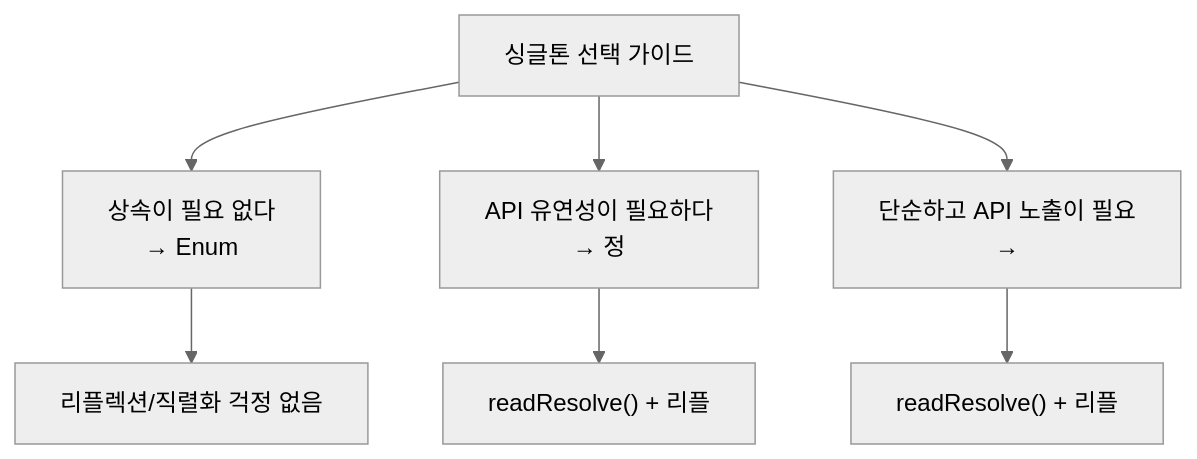
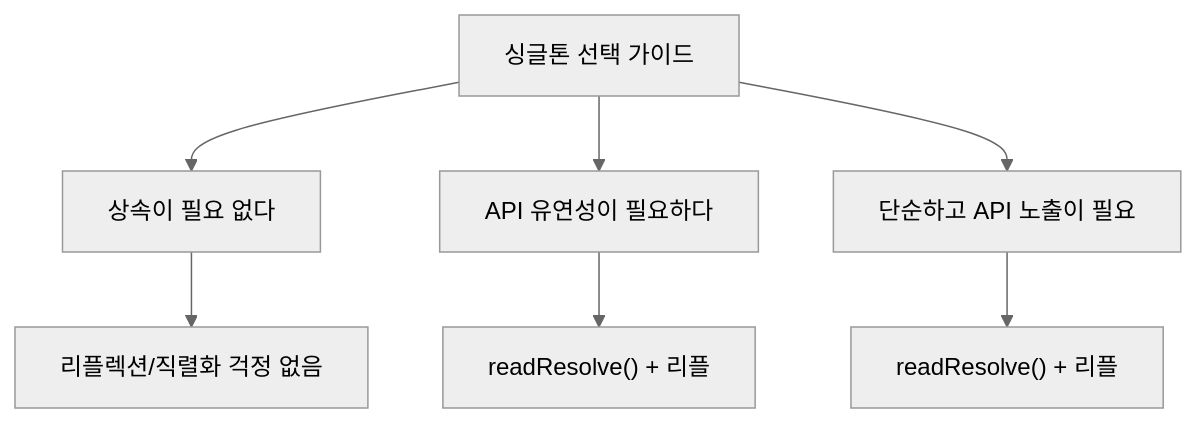
The third of 3 diagrams in _posts/java/2021-12-19-effective-java3.md (yjkim2015/yjkim2015.github.io), drawn with Mermaid (neutral theme) before and after one commit. The commit also changed other lines of this file and 217 other files, not shown here.

First line of the commit message:
Mermaid 크기 수정: useMaxWidth:true + SVG max-width:100% + 라벨 축소

````diff
--- a/_posts/java/2021-12-19-effective-java3.md
+++ b/_posts/java/2021-12-19-effective-java3.md
@@ -202,9 +202,9 @@
 ```mermaid
 graph TD
-    A["싱글톤 선택 가이드"] --> B["상속이 필요 없다\n→ Enum"]
-    A --> C["API 유연성이 필요하다\n→ 정"]
-    A --> D["단순하고 API 노출이 필요\n→"]
+    A["싱글톤 선택 가이드"] --> B["상속이 필요 없다"]
+    A --> C["API 유연성이 필요하다"]
+    A --> D["단순하고 API 노출이 필요"]
     B --> B1["리플렉션/직렬화 걱정 없음"]
     C --> C1["readResolve() + 리플"]
     D --> D1["readResolve() + 리플"]
 ```
````
